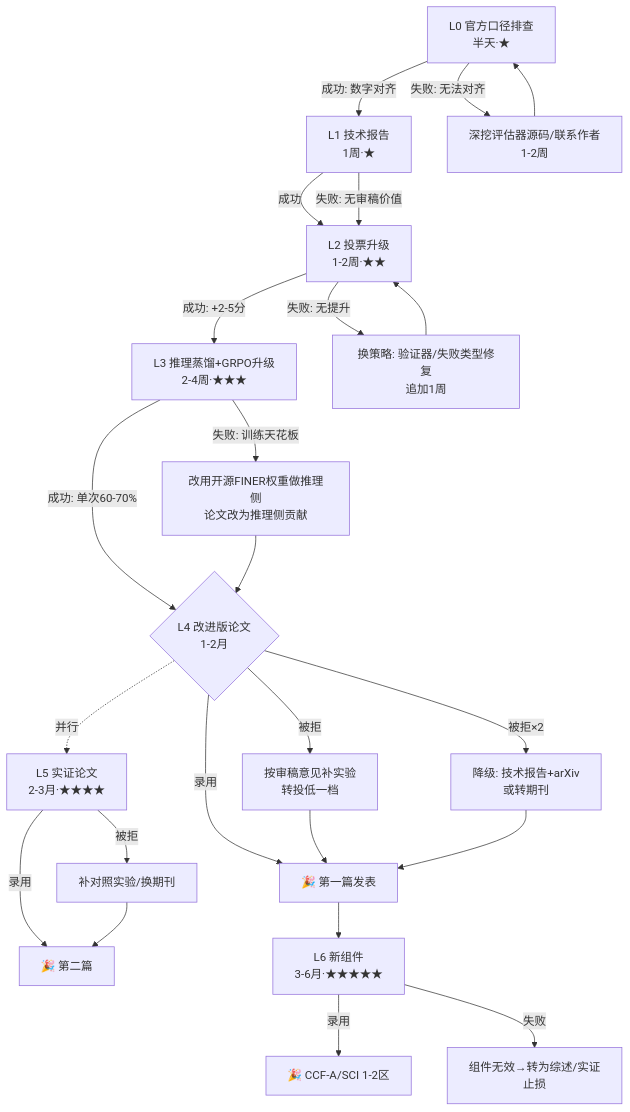
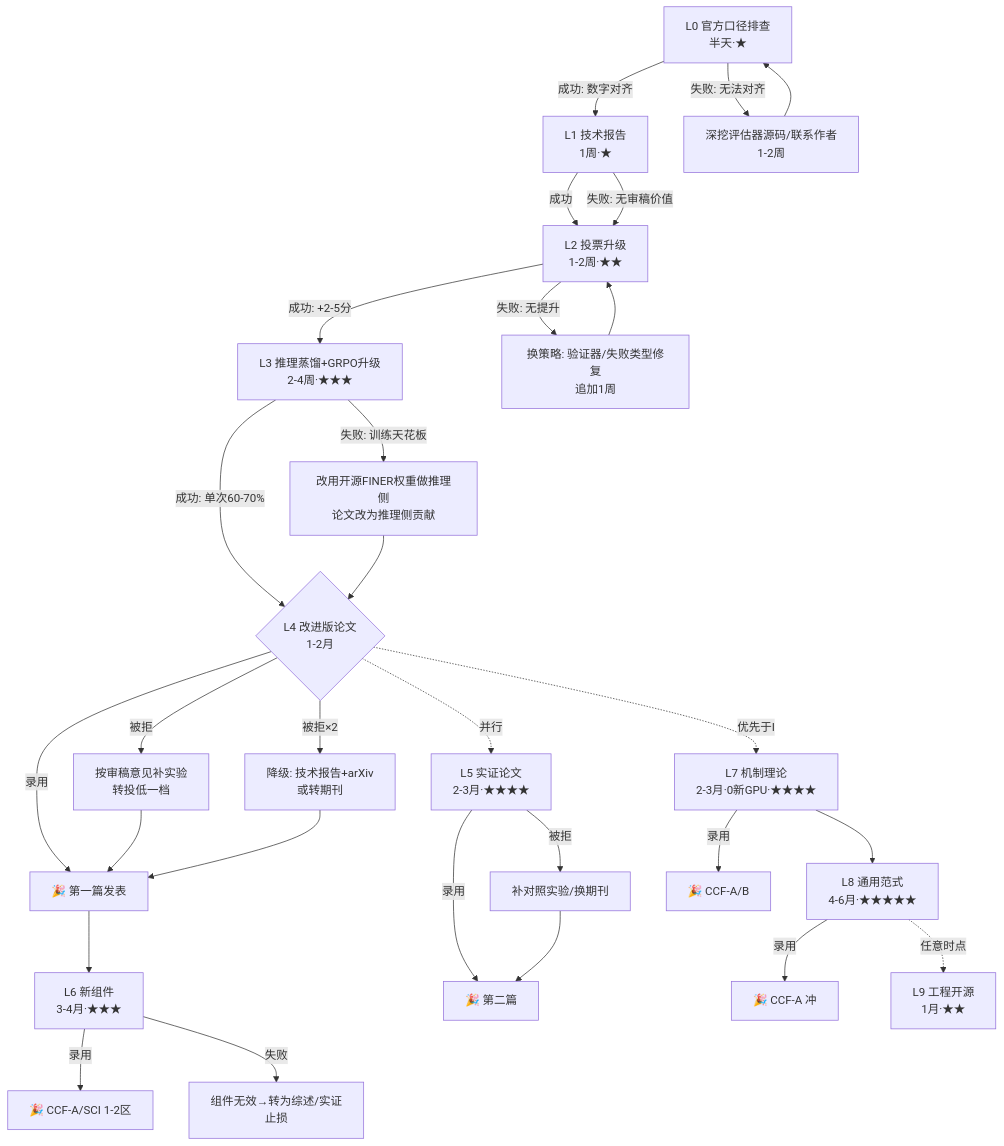
One commit to HaoranLuo/text2sql-grpo changed the diagram in PAPER_PLAN.md. Above: the diagram before and after it, drawn with Mermaid. The commit also changed other lines of this file and 1 other file, not shown here.

Commit message:
docs: 论文分层扩展L7机制理论/L8通用范式/L9工程开源(学术深度阶梯正式立项, 含GPU预算与组合拳路线)

````diff
--- a/PAPER_PLAN.md
+++ b/PAPER_PLAN.md
@@ -33,26 +51,32 @@
 ```mermaid
 graph TD
     A[L0 官方口径排查<br>半天·★] -->|成功: 数字对齐| B[L1 技术报告<br>1周·★]
     A -->|失败: 无法对齐| A1[深挖评估器源码/联系作者<br>1-2周] --> A
     
     B -->|成功| C[L2 投票升级<br>1-2周·★★]
     B -->|失败: 无审稿价值| C
     
     C -->|成功: +2-5分| D[L3 推理蒸馏+GRPO升级<br>2-4周·★★★]
     C -->|失败: 无提升| C1[换策略: 验证器/失败类型修复<br>追加1周] --> C
     
     D -->|成功: 单次60-70%| E{L4 改进版论文<br>1-2月}
     D -->|失败: 训练天花板| D1[改用开源FINER权重做推理侧<br>论文改为推理侧贡献] --> E
     
     E -->|录用| F[🎉 第一篇发表]
     E -->|被拒| E1[按审稿意见补实验<br>转投低一档] --> F
     E -->|被拒×2| E2[降级: 技术报告+arXiv<br>或转期刊] --> F
     
     E -.并行.-> G[L5 实证论文<br>2-3月·★★★★]
     G -->|录用| H[🎉 第二篇]
     G -->|被拒| G1[补对照实验/换期刊] --> H
     
-    F --> I[L6 新组件<br>3-6月·★★★★★]
+    F --> I[L6 新组件<br>3-4月·★★★]
     I -->|录用| J[🎉 CCF-A/SCI 1-2区]
     I -->|失败| I1[组件无效→转为综述/实证<br>止损]
+
+    E -.优先于I.-> K[L7 机制理论<br>2-3月·0新GPU·★★★★]
+    K -->|录用| K1[🎉 CCF-A/B]
+    K --> L[L8 通用范式<br>4-6月·★★★★★]
+    L -->|录用| L1[🎉 CCF-A 冲]
+    L -.任意时点.-> M[L9 工程开源<br>1月·★★]
 ```
````
